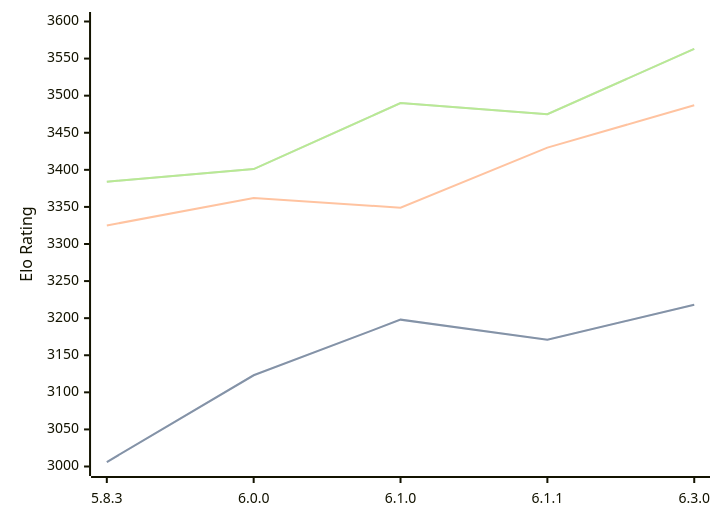
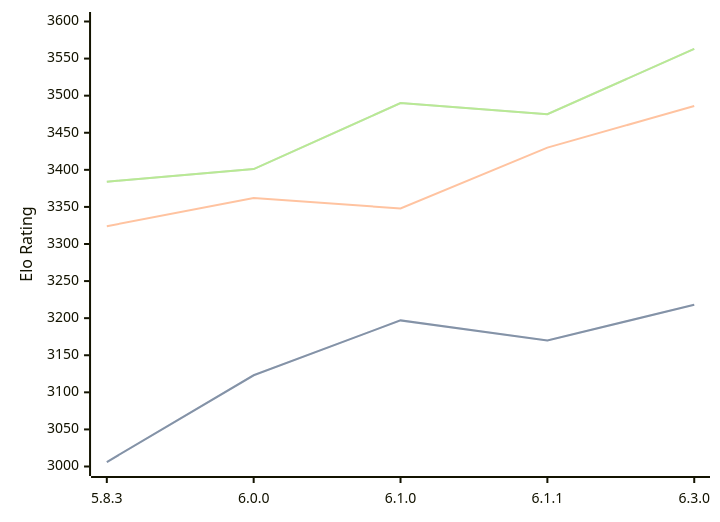
One commit to computer-chess-index/cci changed the diagram in engines/Zigqueen.md. Above: the diagram before and after it, drawn with Mermaid. The commit also changed other lines of this file, not shown here.

````diff
--- a/engines/Zigqueen.md
+++ b/engines/Zigqueen.md
@@ -39,11 +39,11 @@
 ```mermaid
 %%{init: {"theme":"base","themeVariables":{"seriesColors:['#a3a3a3','#222221','#faa371']}}}%%
 xychart-beta
   x-axis ["5.8.3", "6.0.0", "6.1.0", "6.1.1", "6.3.0"]
   y-axis "Elo Rating" 3000 --> 3600
-  line "" [3006, 3123, 3198, 3171, 3218]
-  line "STC (8.0+0.08s)" [3006, 3123, 3198, 3171, 3218]
-  line "LTC (60.0+0.60s)" [3325, 3362, 3349, 3430, 3487]
+  line "" [3006, 3123, 3197, 3170, 3218]
+  line "STC (8.0+0.08s)" [3006, 3123, 3197, 3170, 3218]
+  line "LTC (60.0+0.60s)" [3324, 3362, 3348, 3430, 3486]
   line "" [3384, 3401, 3490, 3475, 3563]
   line "VLTC (2m24s+1.12s)" [3384, 3401, 3490, 3475, 3563]
 ```
````
